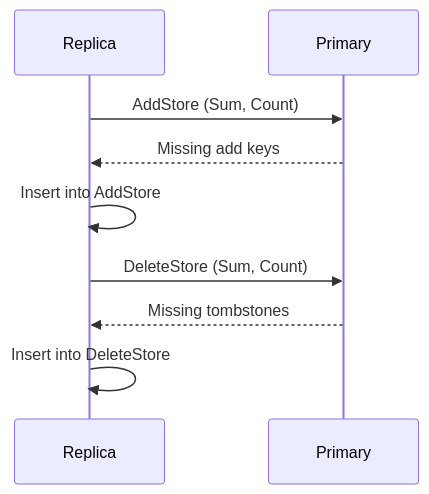
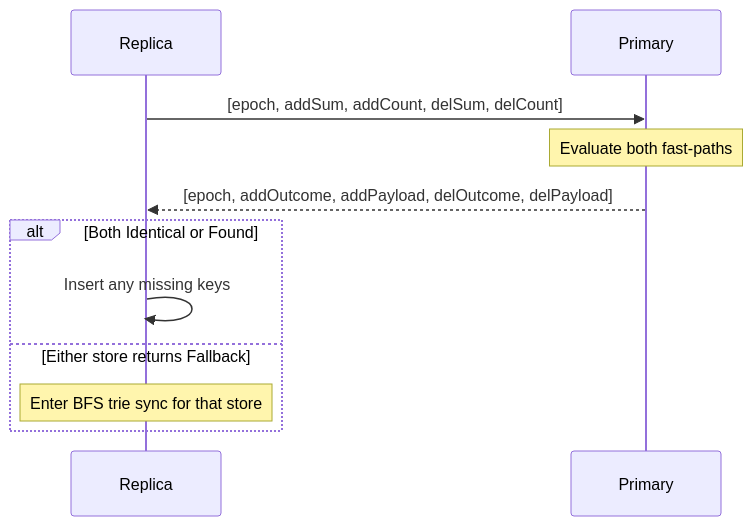
The seventh of 8 diagrams in SetSum/Sync/README.md (arj03/setsum-cs), drawn with Mermaid before and after one commit. The commit also changed other lines of this file and 5 other files, not shown here.

First line of the commit message:
Optimization 1 — Combined leaf + expansion per BFS level:   - Merged the two separate RT blocks (leaf resolution + expansion) into a single RoundTrips++ per BFS iteration, mirroring the pattern from EpochRepair.cs   - Fallback deferrals feed directly into the expansion pass within the same RT

````diff
--- a/SetSum/Sync/README.md
+++ b/SetSum/Sync/README.md
@@ -287,13 +283,15 @@
 ```mermaid
 sequenceDiagram
     participant R as Replica
     participant P as Primary
 
-    R->>P: AddStore (Sum, Count)
-    P-->>R: Missing add keys
-    R->>R: Insert into AddStore
+    R->>P: [epoch, addSum, addCount, delSum, delCount]
+    Note over P: Evaluate both fast-paths
+    P-->>R: [epoch, addOutcome, addPayload, delOutcome, delPayload]
 
-    R->>P: DeleteStore (Sum, Count)
-    P-->>R: Missing tombstones
-    R->>R: Insert into DeleteStore
+    alt Both Identical or Found
+        R->>R: Insert any missing keys
+    else Either store returns Fallback
+        Note over R: Enter BFS trie sync for that store
+    end
 ```
````
